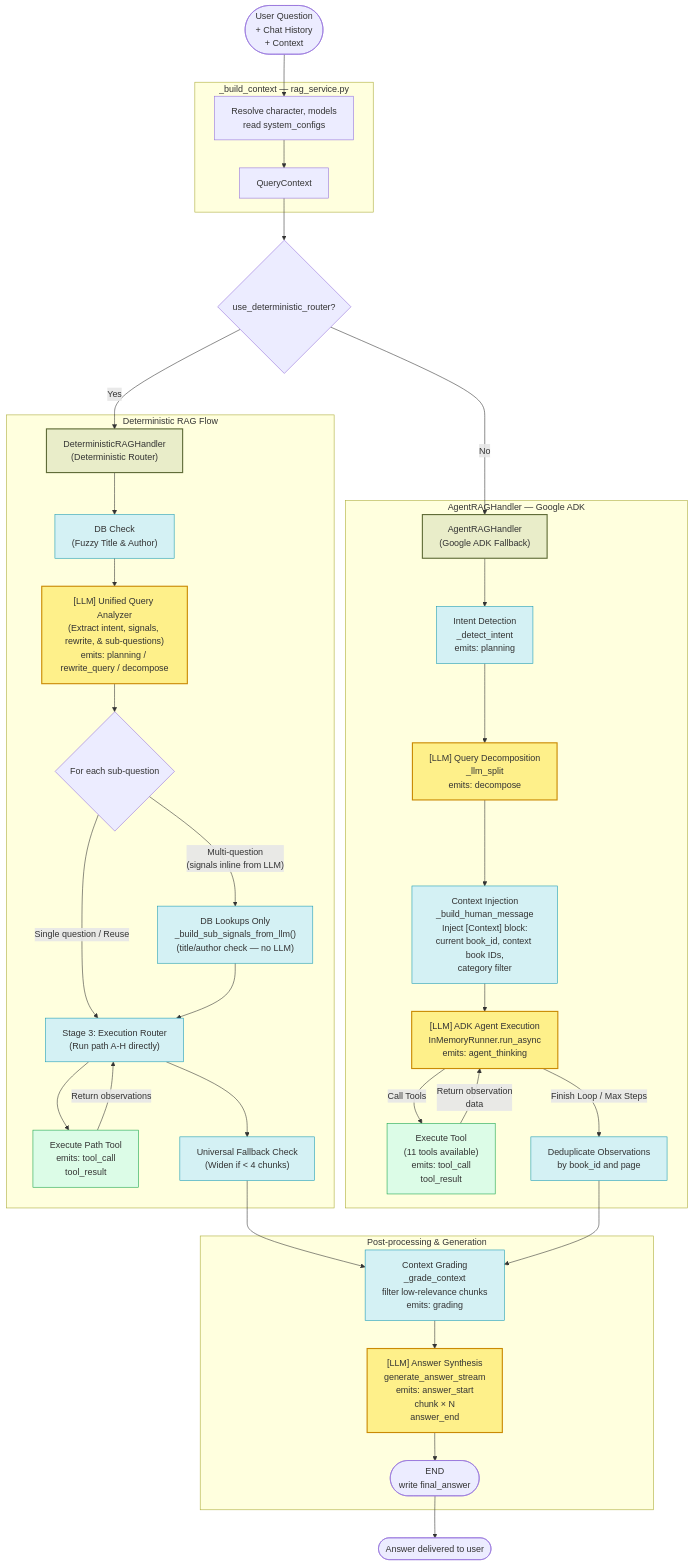
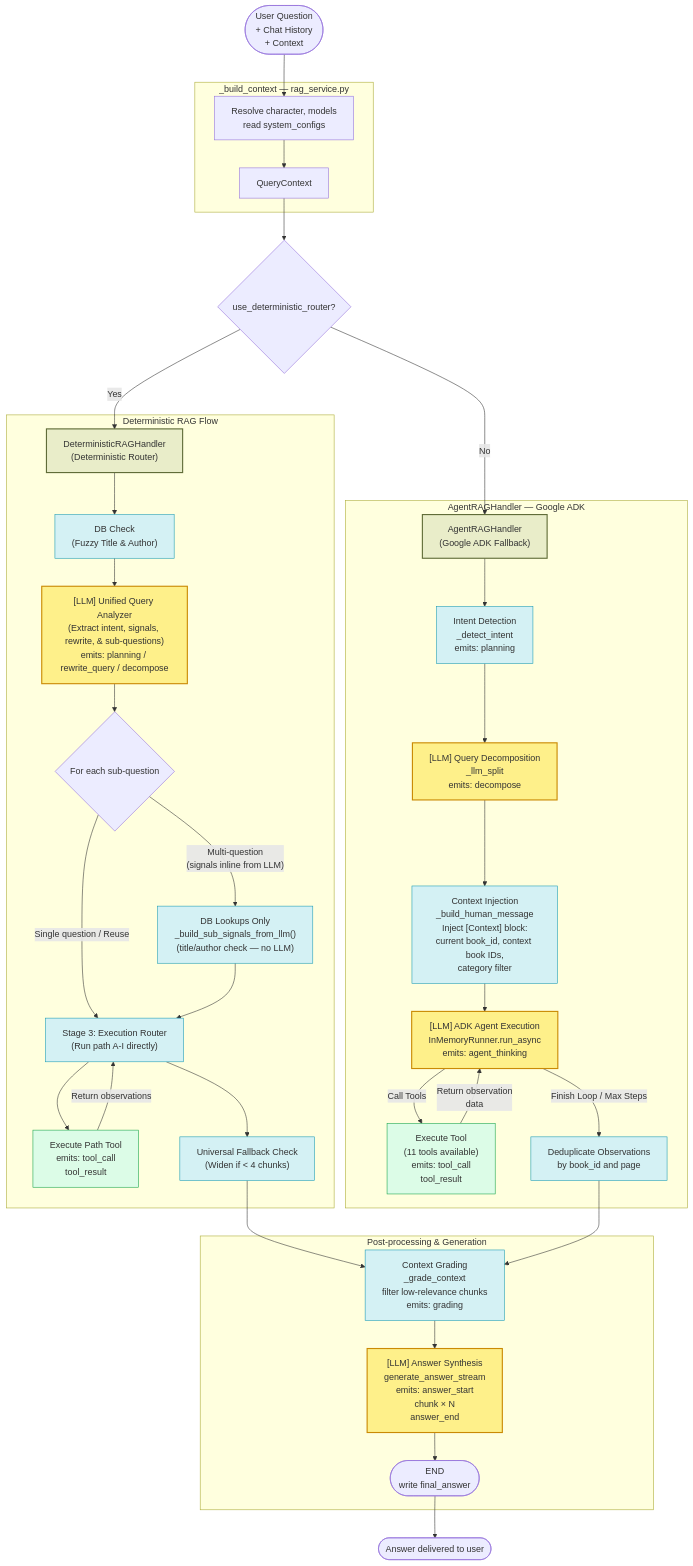
Before and after one commit to Kitabim-AI/kitabim-ai: the first of 3 diagrams in docs/feature/deterministic-router-poc/QUESTION_ANSWERING_DIAGRAM.md, drawn with Mermaid. The commit also changed other lines of this file and 66 other files, not shown here.

````diff
--- a/docs/feature/deterministic-router-poc/QUESTION_ANSWERING_DIAGRAM.md
+++ b/docs/feature/deterministic-router-poc/QUESTION_ANSWERING_DIAGRAM.md
@@ -9,62 +9,62 @@
 ```mermaid
 flowchart TD
     %% Entry
     Q(["User Question<br/>+ Chat History<br/>+ Context"]) --> BUILD
 
     %% Context build
     subgraph ContextBuild ["_build_context — rag_service.py"]
         BUILD["Resolve character, models<br/>read system_configs"] --> CTX[QueryContext]
     end
 
     CTX --> ROUTE{use_deterministic_router?}
 
     ROUTE -- Yes --> H_DET["DeterministicRAGHandler<br/>(Deterministic Router)"]
     ROUTE -- No --> H_AG["AgentRAGHandler<br/>(Google ADK Fallback)"]
 
     %% Deterministic Router Flow
     subgraph DetRouter ["Deterministic RAG Flow"]
         H_DET --> S1_DB["DB Check<br/>(Fuzzy Title & Author)"]
         S1_DB --> S1_LLM["[LLM] Unified Query Analyzer<br/>(Extract intent, signals, rewrite, & sub-questions)<br/>emits: planning / rewrite_query / decompose"]
         S1_LLM --> SUB_LOOP{"For each sub-question"}
         SUB_LOOP -->|"Multi-question<br/>(signals inline from LLM)"| SUB_DB["DB Lookups Only<br/>_build_sub_signals_from_llm()<br/>(title/author check — no LLM)"]
-        SUB_LOOP -->|Single question / Reuse| S4["Stage 3: Execution Router<br/>(Run path A-H directly)"]
+        SUB_LOOP -->|Single question / Reuse| S4["Stage 3: Execution Router<br/>(Run path A-I directly)"]
         SUB_DB --> S4
         S4 --> T_DET["Execute Path Tool<br/>emits: tool_call<br/>tool_result"]
         T_DET -->|Return observations| S4
         S4 --> DET_MERGE["Universal Fallback Check<br/>(Widen if < 4 chunks)"]
     end
 
     %% Agentic RAG — Google ADK Execution Flow
     subgraph AgentRAG ["AgentRAGHandler — Google ADK"]
         H_AG --> INTENT["Intent Detection<br/>_detect_intent<br/>emits: planning"]
         INTENT --> DECOMP["[LLM] Query Decomposition<br/>_llm_split<br/>emits: decompose"]
         DECOMP --> CTX_INJ["Context Injection<br/>_build_human_message<br/>Inject [Context] block:<br/>current book_id, context book IDs,<br/>category filter"]
         CTX_INJ --> ADK["[LLM] ADK Agent Execution<br/>InMemoryRunner.run_async<br/>emits: agent_thinking"]
 
         ADK -->|Call Tools| TOOL["Execute Tool<br/>(11 tools available)<br/>emits: tool_call<br/>tool_result"]
         TOOL -->|Return observation<br/>data| ADK
 
         ADK -->|Finish Loop / Max Steps| DEDUP["Deduplicate Observations<br/>by book_id and page"]
     end
 
     DET_MERGE --> GRADE
     DEDUP --> GRADE
 
     subgraph PostProcess ["Post-processing & Generation"]
         GRADE["Context Grading<br/>_grade_context<br/>filter low-relevance chunks<br/>emits: grading"]
         GRADE --> SYNTHESIS["[LLM] Answer Synthesis<br/>generate_answer_stream<br/>emits: answer_start<br/>chunk × N<br/>answer_end"]
         SYNTHESIS --> END_AG(["END<br/>write final_answer"])
     end
 
     END_AG --> ANS(["Answer delivered to user"])
 
     classDef handler fill:#e9edc9,stroke:#606c38,stroke-width:2px
     classDef tool fill:#dcfce7,stroke:#16a34a,stroke-width:1px
     classDef process fill:#d4f1f4,stroke:#189ab4,stroke-width:1px
     classDef llm fill:#fef08a,stroke:#ca8a04,stroke-width:2px
 
     class H_AG,H_DET handler
     class TOOL,T_DET tool
     class INTENT,CTX_INJ,DEDUP,GRADE,S1_DB,S4,DET_MERGE,SUB_DB process
     class DECOMP,ADK,SYNTHESIS,S1_LLM llm
 ```
````
